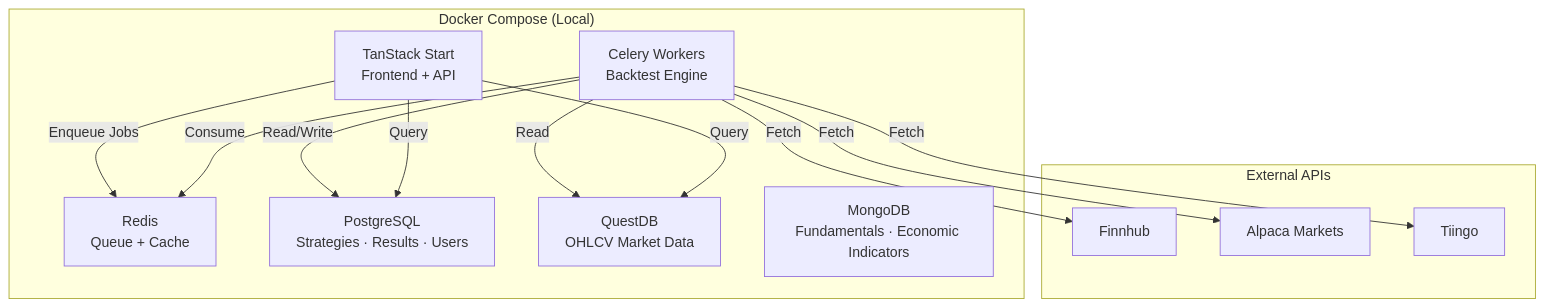
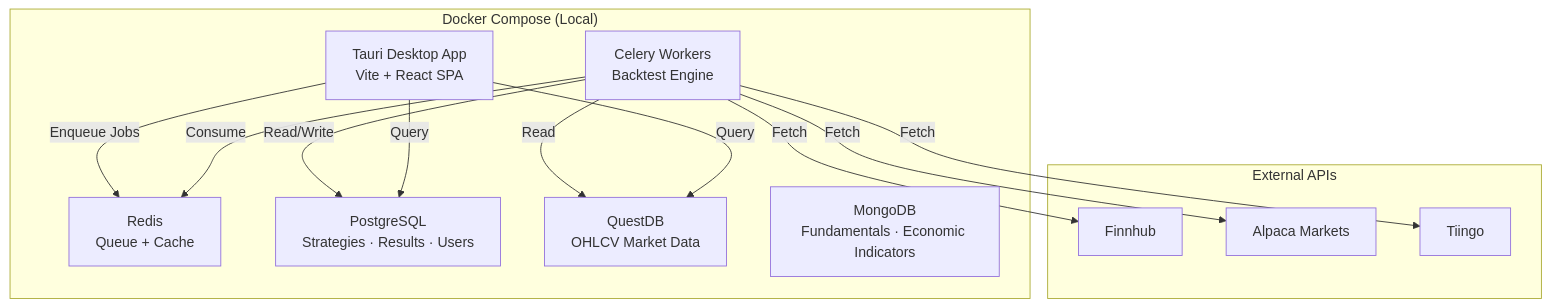
One commit to huydhoang/quantlens-docs changed the eighth of 9 diagrams in system_design.md. Above: the diagram before and after it, drawn with Mermaid. The commit also changed other lines of this file and 3 other files, not shown here.

Commit message:
Create local_frontend.md and update docs to align with Tauri + Vite + React + TanStack stack

````diff
--- a/system_design.md
+++ b/system_design.md
@@ -344,28 +342,28 @@
 ```mermaid
 graph TB
     subgraph "Docker Compose (Local)"
-        A[TanStack Start<br/>Frontend + API]
+        A[Tauri Desktop App<br/>Vite + React SPA]
         B[Celery Workers<br/>Backtest Engine]
         C[Redis<br/>Queue + Cache]
 
         D[PostgreSQL<br/>Strategies · Results · Users]
         E[QuestDB<br/>OHLCV Market Data]
         F[MongoDB<br/>Fundamentals · Economic Indicators]
     end
 
     subgraph "External APIs"
         G[Finnhub]
         H[Alpaca Markets]
         TI[Tiingo]
     end
 
     A -->|Enqueue Jobs| C
     B -->|Consume| C
     B -->|Read/Write| D
     B -->|Read| E
     B -->|Fetch| G
     B -->|Fetch| H
     B -->|Fetch| TI
     A -->|Query| D
     A -->|Query| E
 ```
````
